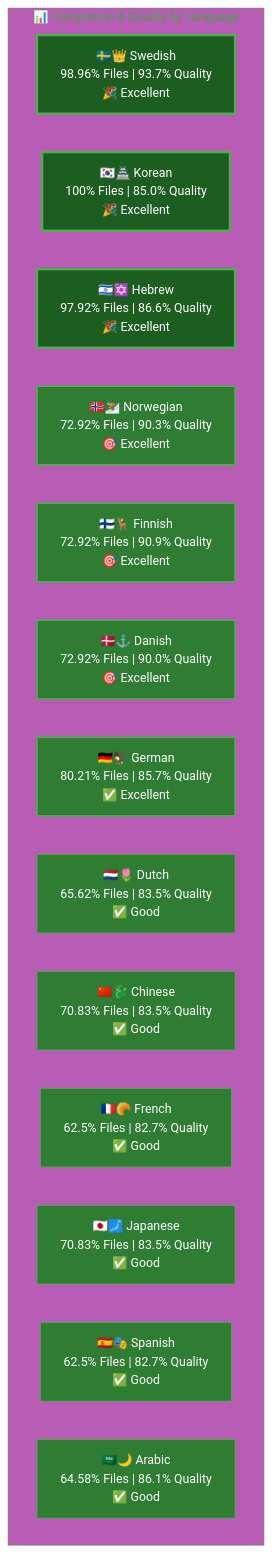
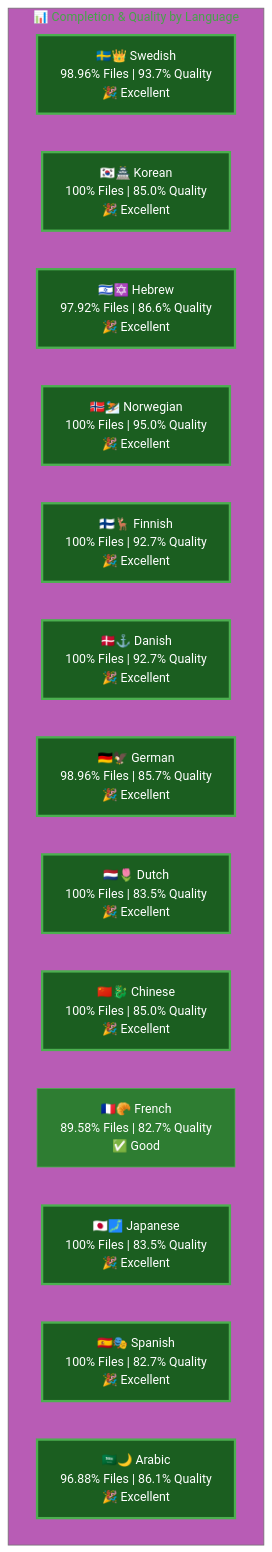
One commit to Hack23/homepage changed the second of 2 diagrams in TRANSLATION_DOCUMENTATION_README.md. Above: the diagram before and after it, drawn with Mermaid. The commit also changed other lines of this file, not shown here.

````diff
--- a/TRANSLATION_DOCUMENTATION_README.md
+++ b/TRANSLATION_DOCUMENTATION_README.md
@@ -228,35 +258,35 @@
 ```mermaid
 %%{init: {'theme':'base', 'themeVariables': { 'primaryColor':'#4CAF50','fontSize':'16px'}}}%%
 graph TB
     subgraph "📊 Completion & Quality by Language"
         SV["🇸🇪👑 Swedish<br/>98.96% Files | 93.7% Quality<br/>🎉 Excellent"]
         KO["🇰🇷🏯 Korean<br/>100% Files | 85.0% Quality<br/>🎉 Excellent"]
         HE["🇮🇱✡️ Hebrew<br/>97.92% Files | 86.6% Quality<br/>🎉 Excellent"]
         
-        NO["🇳🇴⛷️ Norwegian<br/>72.92% Files | 90.3% Quality<br/>🎯 Excellent"]
-        FI["🇫🇮🦌 Finnish<br/>72.92% Files | 90.9% Quality<br/>🎯 Excellent"]
-        DA["🇩🇰⚓ Danish<br/>72.92% Files | 90.0% Quality<br/>🎯 Excellent"]
-        DE["🇩🇪🦅 German<br/>80.21% Files | 85.7% Quality<br/>✅ Excellent"]
+        NO["🇳🇴⛷️ Norwegian<br/>100% Files | 95.0% Quality<br/>🎉 Excellent"]
+        FI["🇫🇮🦌 Finnish<br/>100% Files | 92.7% Quality<br/>🎉 Excellent"]
+        DA["🇩🇰⚓ Danish<br/>100% Files | 92.7% Quality<br/>🎉 Excellent"]
+        DE["🇩🇪🦅 German<br/>98.96% Files | 85.7% Quality<br/>🎉 Excellent"]
         
-        NL["🇳🇱🌷 Dutch<br/>65.62% Files | 83.5% Quality<br/>✅ Good"]
-        ZH["🇨🇳🐉 Chinese<br/>70.83% Files | 83.5% Quality<br/>✅ Good"]
-        FR["🇫🇷🥐 French<br/>62.5% Files | 82.7% Quality<br/>✅ Good"]
-        JA["🇯🇵🗾 Japanese<br/>70.83% Files | 83.5% Quality<br/>✅ Good"]
-        ES["🇪🇸🎭 Spanish<br/>62.5% Files | 82.7% Quality<br/>✅ Good"]
-        AR["🇸🇦🌙 Arabic<br/>64.58% Files | 86.1% Quality<br/>✅ Good"]
+        NL["🇳🇱🌷 Dutch<br/>100% Files | 83.5% Quality<br/>🎉 Excellent"]
+        ZH["🇨🇳🐉 Chinese<br/>100% Files | 85.0% Quality<br/>🎉 Excellent"]
+        FR["🇫🇷🥐 French<br/>89.58% Files | 82.7% Quality<br/>✅ Good"]
+        JA["🇯🇵🗾 Japanese<br/>100% Files | 83.5% Quality<br/>🎉 Excellent"]
+        ES["🇪🇸🎭 Spanish<br/>100% Files | 82.7% Quality<br/>🎉 Excellent"]
+        AR["🇸🇦🌙 Arabic<br/>96.88% Files | 86.1% Quality<br/>🎉 Excellent"]
         
         style SV fill:#1B5E20,stroke:#4CAF50,color:#fff,stroke-width:3px
         style KO fill:#1B5E20,stroke:#4CAF50,color:#fff,stroke-width:3px
         style HE fill:#1B5E20,stroke:#4CAF50,color:#fff,stroke-width:3px
-        style NO fill:#2E7D32,stroke:#4CAF50,color:#fff,stroke-width:2px
-        style FI fill:#2E7D32,stroke:#4CAF50,color:#fff,stroke-width:2px
-        style DA fill:#2E7D32,stroke:#4CAF50,color:#fff,stroke-width:2px
-        style DE fill:#2E7D32,stroke:#4CAF50,color:#fff,stroke-width:2px
-        style NL fill:#2E7D32,stroke:#4CAF50,color:#fff
-        style AR fill:#2E7D32,stroke:#4CAF50,color:#fff
+        style NO fill:#1B5E20,stroke:#4CAF50,color:#fff,stroke-width:3px
+        style FI fill:#1B5E20,stroke:#4CAF50,color:#fff,stroke-width:3px
+        style DA fill:#1B5E20,stroke:#4CAF50,color:#fff,stroke-width:3px
+        style DE fill:#1B5E20,stroke:#4CAF50,color:#fff,stroke-width:3px
+        style NL fill:#1B5E20,stroke:#4CAF50,color:#fff,stroke-width:3px
+        style AR fill:#1B5E20,stroke:#4CAF50,color:#fff,stroke-width:3px
         style FR fill:#2E7D32,stroke:#4CAF50,color:#fff
-        style ES fill:#2E7D32,stroke:#4CAF50,color:#fff
-        style ZH fill:#2E7D32,stroke:#4CAF50,color:#fff
-        style JA fill:#2E7D32,stroke:#4CAF50,color:#fff
+        style ES fill:#1B5E20,stroke:#4CAF50,color:#fff,stroke-width:3px
+        style ZH fill:#1B5E20,stroke:#4CAF50,color:#fff,stroke-width:3px
+        style JA fill:#1B5E20,stroke:#4CAF50,color:#fff,stroke-width:3px
     end
 ```
````
